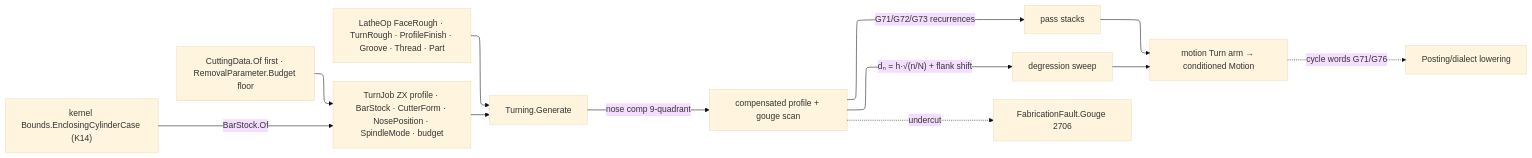
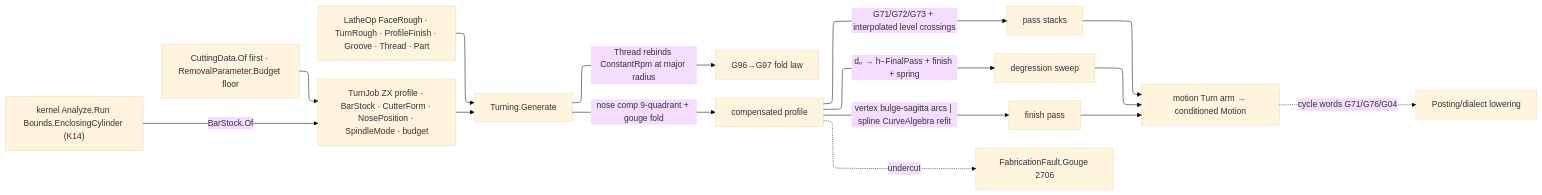
The diagram in libs/csharp/Rasm.Fabrication/.planning/Toolpath/turning.md (bsamiee/Rasm), drawn with Mermaid before and after one commit. The commit also changed other lines of this file and 79 other files, not shown here.

````diff
--- a/libs/csharp/Rasm.Fabrication/.planning/Toolpath/turning.md
+++ b/libs/csharp/Rasm.Fabrication/.planning/Toolpath/turning.md
@@ -235,19 +301,22 @@
 ```mermaid
 ---
 config:
   layout: elk
   theme: base
 ---
 flowchart LR
     Op["LatheOp FaceRough · TurnRough · ProfileFinish · Groove · Thread · Part"] --> Gen["Turning.Generate"]
     Job["TurnJob ZX profile · BarStock · CutterForm · NosePosition · SpindleMode · budget"] --> Gen
-    Stock["kernel Bounds.EnclosingCylinderCase (K14)"] -->|BarStock.Of| Job
+    Stock["kernel Analyze.Run Bounds.EnclosingCylinder (K14)"] -->|BarStock.Of| Job
     Data["CuttingData.Of first · RemovalParameter.Budget floor"] --> Job
-    Gen -->|nose comp 9-quadrant| Comp["compensated profile + gouge scan"]
-    Comp -->|G71/G72/G73 recurrences| Stack["pass stacks"]
-    Comp -->|"dₙ = h·√(n/N) + flank shift"| Thread["degression sweep"]
+    Gen -->|"Thread rebinds ConstantRpm at major radius"| Spindle["G96→G97 fold law"]
+    Gen -->|nose comp 9-quadrant + gouge fold| Comp["compensated profile"]
+    Comp -->|"G71/G72/G73 + interpolated level crossings"| Stack["pass stacks"]
+    Comp -->|"dₙ → h−FinalPass + finish + spring"| Thread["degression sweep"]
+    Comp -->|"vertex bulge-sagitta arcs | spline CurveAlgebra refit"| Finish["finish pass"]
     Stack --> Motion["motion Turn arm → conditioned Motion"]
     Thread --> Motion
+    Finish --> Motion
     Comp -.->|undercut| Gouge["FabricationFault.Gouge 2706"]
-    Motion -.->|cycle words G71/G76| Dialect["Posting/dialect lowering"]
+    Motion -.->|"cycle words G71/G76/G04"| Dialect["Posting/dialect lowering"]
 ```
````
